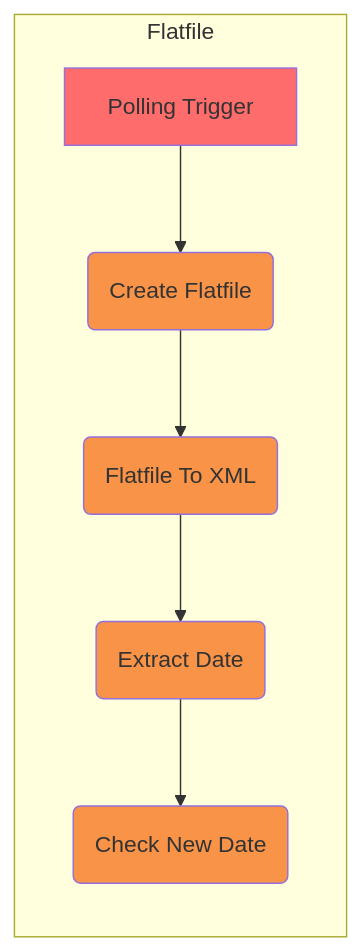
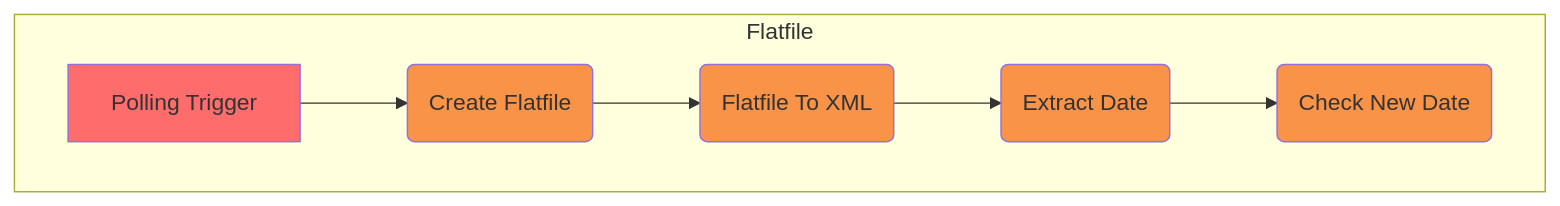
Before and after one commit to interlok-testing/testing_flatfile: the diagram in README.md, drawn with Mermaid.

Commit message:
Direction LR

````diff
--- a/README.md
+++ b/README.md
@@ -16,15 +16,16 @@
 ```mermaid
 graph LR
   subgraph Flatfile
+    direction LR
     PT_C[Polling Trigger] --> ES(Create Flatfile)
     ES --> FX(Flatfile To XML)
     FX --> XP(Extract Date)
     XP --> IF(Check New Date)
   end
 
   style PT_C fill:#FF6C6C
   style ES fill: #F89347
   style FX fill: #F89347
   style XP fill: #F89347
   style IF fill: #F89347
 ```
````
